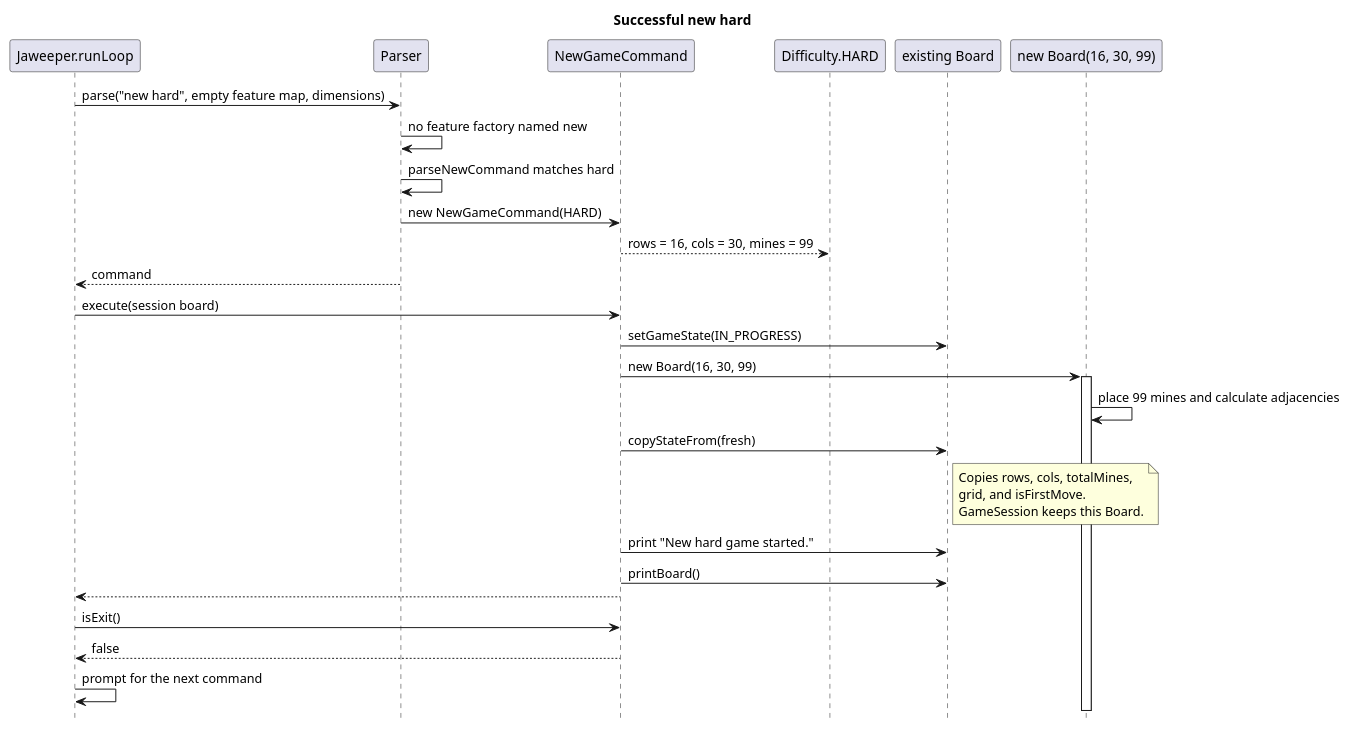
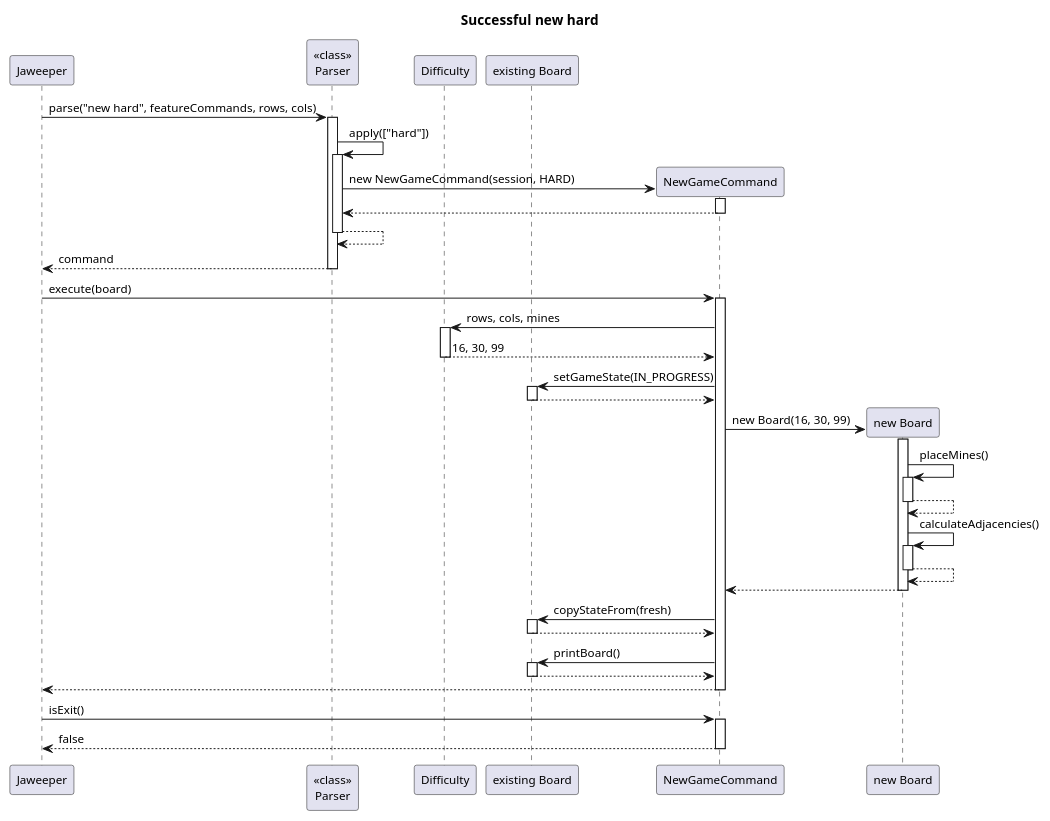
One commit to AY2627S1-CS2113-W10-4/tp changed the diagram in docs/diagrams/new-hard-sequence-diagram.puml. Above: the diagram before and after it, drawn with PlantUML. The commit also changed 6 other files, not shown here.

First line of the commit message:
Fix DG UML notation and broken image renders

```diff
--- a/docs/diagrams/new-hard-sequence-diagram.puml
+++ b/docs/diagrams/new-hard-sequence-diagram.puml
@@ -1,36 +1,42 @@
 @startuml new-hard-sequence-diagram
+skinparam shadowing false
+skinparam classAttributeIconSize 0
+skinparam defaultFontName Arial
+skinparam defaultFontSize 12
+skinparam sequenceParticipant underline false
 title Successful new hard
-hide footbox
 
-participant "Jaweeper.runLoop" as Loop
-participant Parser
-participant NewGameCommand
-participant "Difficulty.HARD" as Hard
+participant Jaweeper
+participant "<<class>>\nParser" as Parser
+participant Difficulty
 participant "existing Board" as Board
-participant "new Board(16, 30, 99)" as Fresh
 
-Loop -> Parser : parse("new hard", empty feature map, dimensions)
-Parser -> Parser : no feature factory named new
-Parser -> Parser : parseNewCommand matches hard
-Parser -> NewGameCommand : new NewGameCommand(HARD)
-NewGameCommand --> Hard : rows = 16, cols = 30, mines = 99
-Parser --> Loop : command
+Jaweeper -> Parser ++ : parse("new hard", featureCommands, rows, cols)
+Parser -> Parser ++ : apply(["hard"])
+create NewGameCommand
+Parser -> NewGameCommand ++ : new NewGameCommand(session, HARD)
+NewGameCommand --> Parser --
+Parser --> Parser --
+Parser --> Jaweeper -- : command
 
-Loop -> NewGameCommand : execute(session board)
-NewGameCommand -> Board : setGameState(IN_PROGRESS)
-NewGameCommand -> Fresh : new Board(16, 30, 99)
-activate Fresh
-Fresh -> Fresh : place 99 mines and calculate adjacencies
-NewGameCommand -> Board : copyStateFrom(fresh)
-note right of Board
-  Copies rows, cols, totalMines,
-  grid, and isFirstMove.
-  GameSession keeps this Board.
-end note
-NewGameCommand -> Board : print "New hard game started."
-NewGameCommand -> Board : printBoard()
-NewGameCommand --> Loop
-Loop -> NewGameCommand : isExit()
-NewGameCommand --> Loop : false
-Loop -> Loop : prompt for the next command
+Jaweeper -> NewGameCommand ++ : execute(board)
+NewGameCommand -> Difficulty ++ : rows, cols, mines
+Difficulty --> NewGameCommand -- : 16, 30, 99
+NewGameCommand -> Board ++ : setGameState(IN_PROGRESS)
+Board --> NewGameCommand --
+create "new Board" as Fresh
+NewGameCommand -> Fresh ++ : new Board(16, 30, 99)
+Fresh -> Fresh ++ : placeMines()
+Fresh --> Fresh --
+Fresh -> Fresh ++ : calculateAdjacencies()
+Fresh --> Fresh --
+Fresh --> NewGameCommand --
+NewGameCommand -> Board ++ : copyStateFrom(fresh)
+Board --> NewGameCommand --
+NewGameCommand -> Board ++ : printBoard()
+Board --> NewGameCommand --
+NewGameCommand --> Jaweeper --
+
+Jaweeper -> NewGameCommand ++ : isExit()
+NewGameCommand --> Jaweeper -- : false
 @enduml
```
